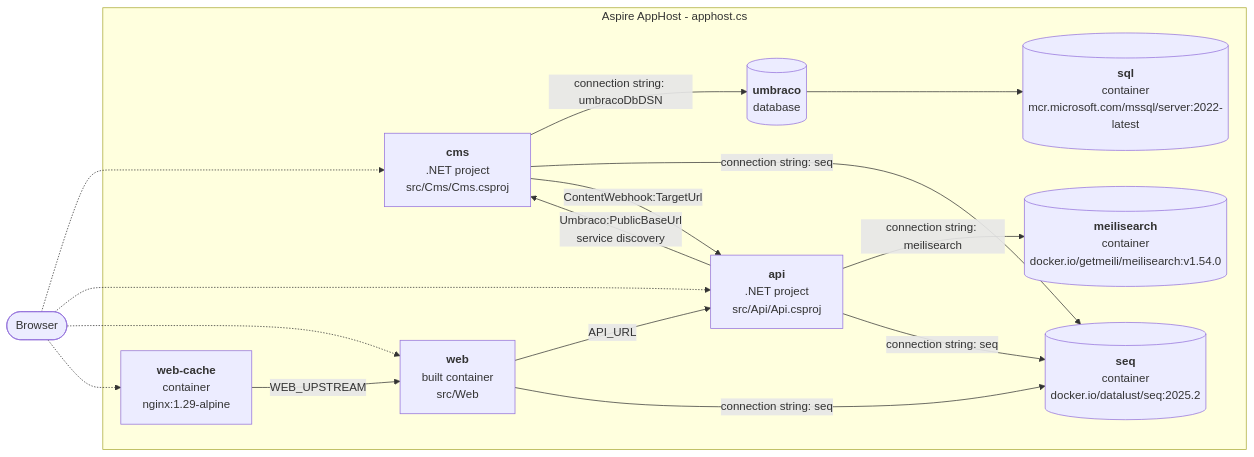
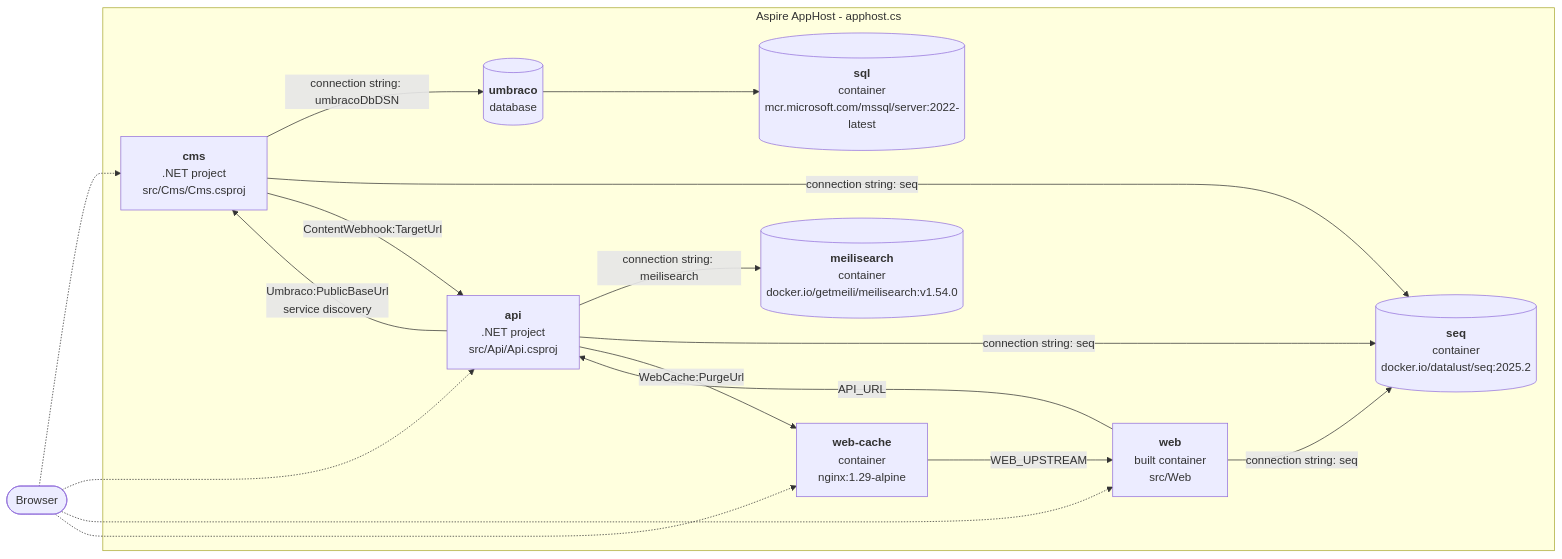
Before and after one commit to Snipon/aspire-mess-starter: the diagram in README.md, drawn with Mermaid. The commit also changed other lines of this file and 6 other files, not shown here.

````diff
--- a/README.md
+++ b/README.md
@@ -13,30 +15,31 @@
 ```mermaid
 flowchart LR
     browser([Browser])
 
     subgraph apphost[Aspire AppHost - apphost.cs]
         sql[("<b>sql</b><br/>container<br/>mcr.microsoft.com/mssql/server:2022-latest")]
         umbraco[("<b>umbraco</b><br/>database")]
         meilisearch[("<b>meilisearch</b><br/>container<br/>docker.io/getmeili/meilisearch:v1.54.0")]
         seq[("<b>seq</b><br/>container<br/>docker.io/datalust/seq:2025.2")]
         cms["<b>cms</b><br/>.NET project<br/>src/Cms/Cms.csproj"]
         api["<b>api</b><br/>.NET project<br/>src/Api/Api.csproj"]
         web["<b>web</b><br/>built container<br/>src/Web"]
         web_cache["<b>web-cache</b><br/>container<br/>nginx:1.29-alpine"]
     end
 
     browser -.-> cms
     browser -.-> api
     browser -.-> web
     browser -.-> web_cache
     umbraco --> sql
     cms -- "connection string: umbracoDbDSN" --> umbraco
     cms -- "connection string: seq" --> seq
     cms -- "ContentWebhook:TargetUrl" --> api
     api -- "Umbraco:PublicBaseUrl<br/>service discovery" --> cms
     api -- "connection string: meilisearch" --> meilisearch
     api -- "connection string: seq" --> seq
+    api -- "WebCache:PurgeUrl" --> web_cache
     web -- "API_URL" --> api
     web -- "connection string: seq" --> seq
     web_cache -- "WEB_UPSTREAM" --> web
 ```
````
